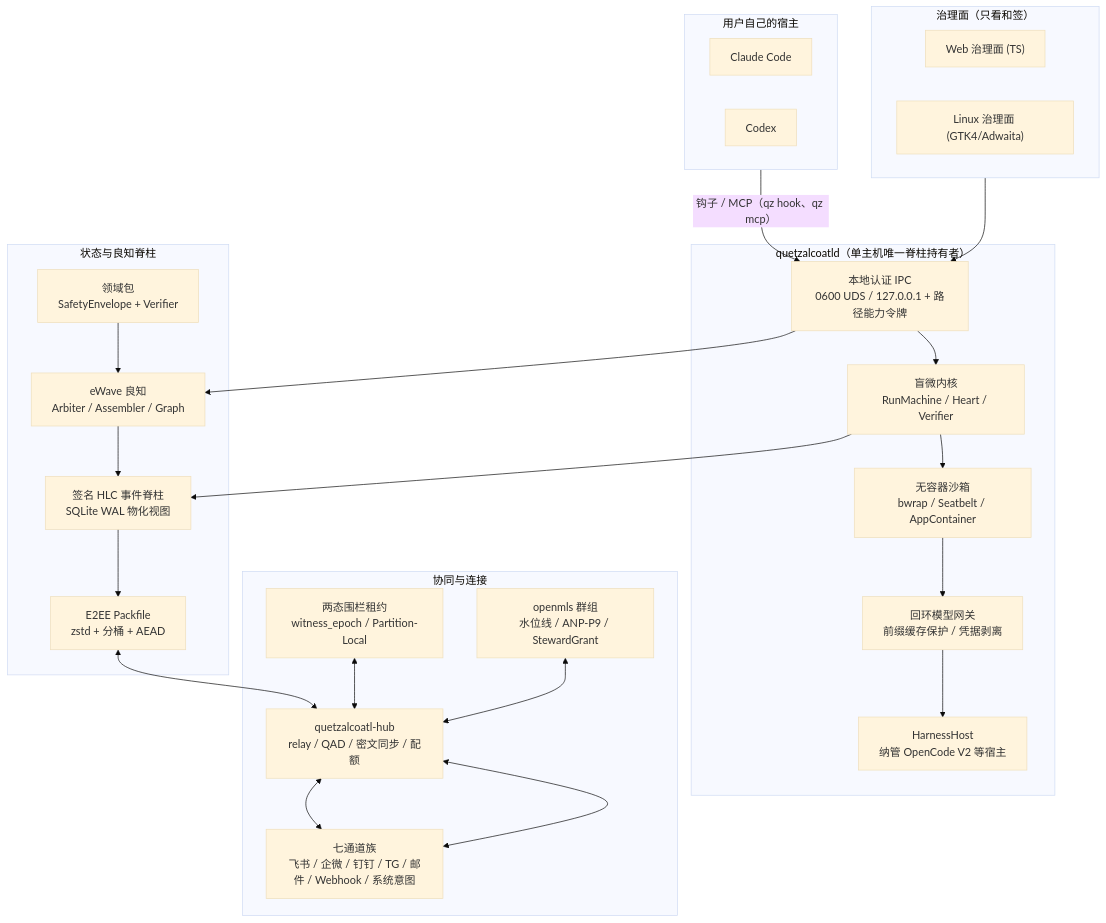
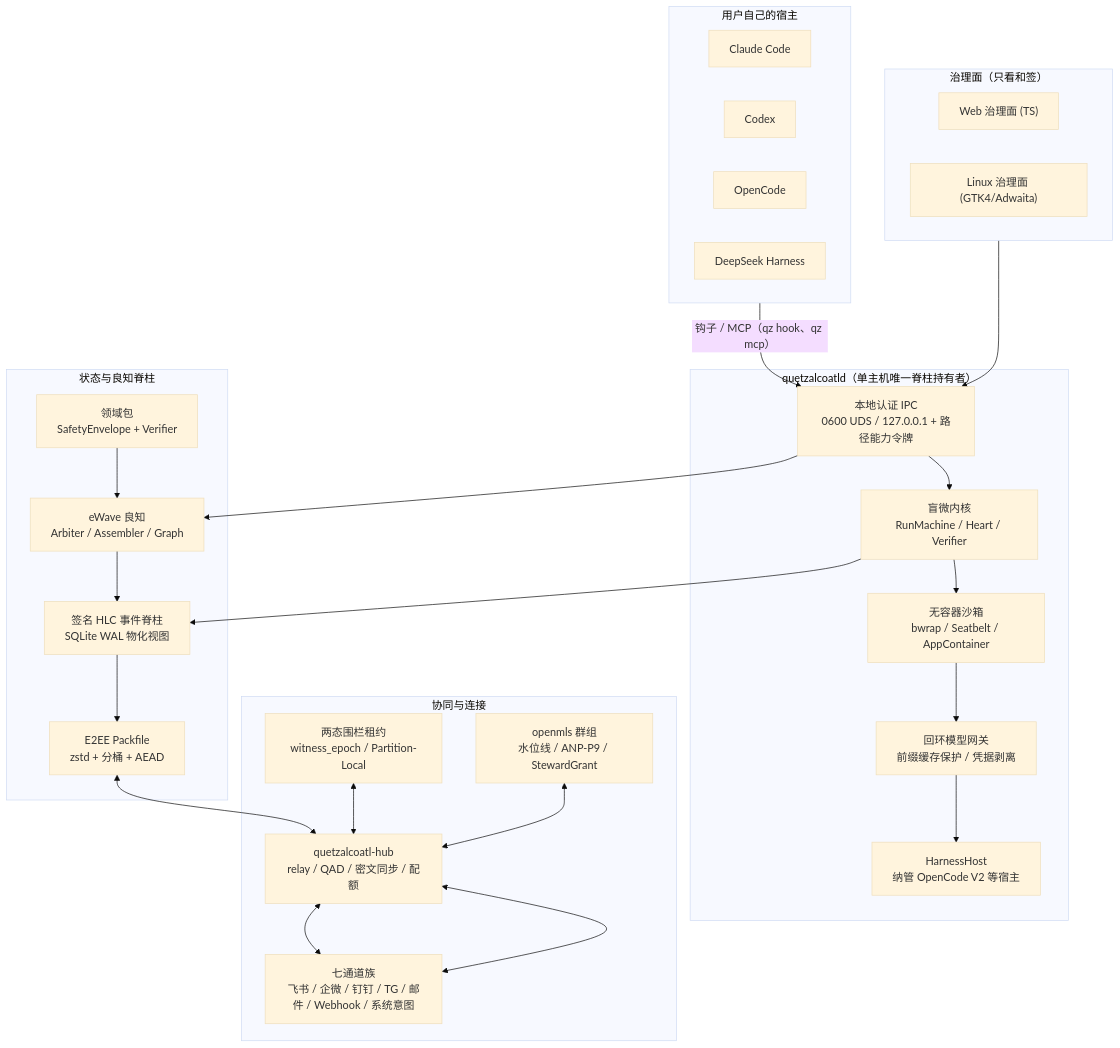
Before and after one commit to PlutoKeating/Project.Quetzal: the diagram in README.md, drawn with Mermaid (base theme). The commit also changed other lines of this file and 13 other files, not shown here.

First line of the commit message:
接上 DeepSeek Harness：带标记的补丁一段，插件按绝对路径加载

````diff
--- a/README.md
+++ b/README.md
@@ -71,51 +71,53 @@
 ```mermaid
 flowchart TB
   subgraph Hosts["用户自己的宿主"]
     CC["Claude Code"]
     Codex["Codex"]
+    OC["OpenCode"]
+    DSH["DeepSeek Harness"]
   end
 
   subgraph Clients["治理面（只看和签）"]
     Web["Web 治理面 (TS)"]
     Linux["Linux 治理面 (GTK4/Adwaita)"]
   end
 
   subgraph Daemon["quetzalcoatld（单主机唯一脊柱持有者）"]
     IPC["本地认证 IPC<br/>0600 UDS / 127.0.0.1 + 路径能力令牌"]
     GW["回环模型网关<br/>前缀缓存保护 / 凭据剥离"]
     Harness["HarnessHost<br/>纳管 OpenCode V2 等宿主"]
     Kernel["盲微内核<br/>RunMachine / Heart / Verifier"]
     Sandbox["无容器沙箱<br/>bwrap / Seatbelt / AppContainer"]
   end
 
   subgraph Core["状态与良知脊柱"]
     Spine["签名 HLC 事件脊柱<br/>SQLite WAL 物化视图"]
     Packs["E2EE Packfile<br/>zstd + 分桶 + AEAD"]
     Ewave["eWave 良知<br/>Arbiter / Assembler / Graph"]
     Domains["领域包<br/>SafetyEnvelope + Verifier"]
   end
 
   subgraph Fabric["协同与连接"]
     Hub["quetzalcoatl-hub<br/>relay / QAD / 密文同步 / 配额"]
     Lease["两态围栏租约<br/>witness_epoch / Partition-Local"]
     Group["openmls 群组<br/>水位线 / ANP-P9 / StewardGrant"]
     Channels["七通道族<br/>飞书 / 企微 / 钉钉 / TG / 邮件 / Webhook / 系统意图"]
   end
 
   Hosts -- "钩子 / MCP（qz hook、qz mcp）" --> IPC
   Clients --> IPC
   IPC --> Kernel
   IPC --> Ewave
   Kernel --> Sandbox
   Kernel --> Spine
   Sandbox --> GW
   GW --> Harness
   Ewave --> Spine
   Spine --> Packs
   Domains --> Ewave
   Packs <--> Hub
   Lease <--> Hub
   Group <--> Hub
   Channels <--> Hub
   Hub <--> Channels
 ```
````
